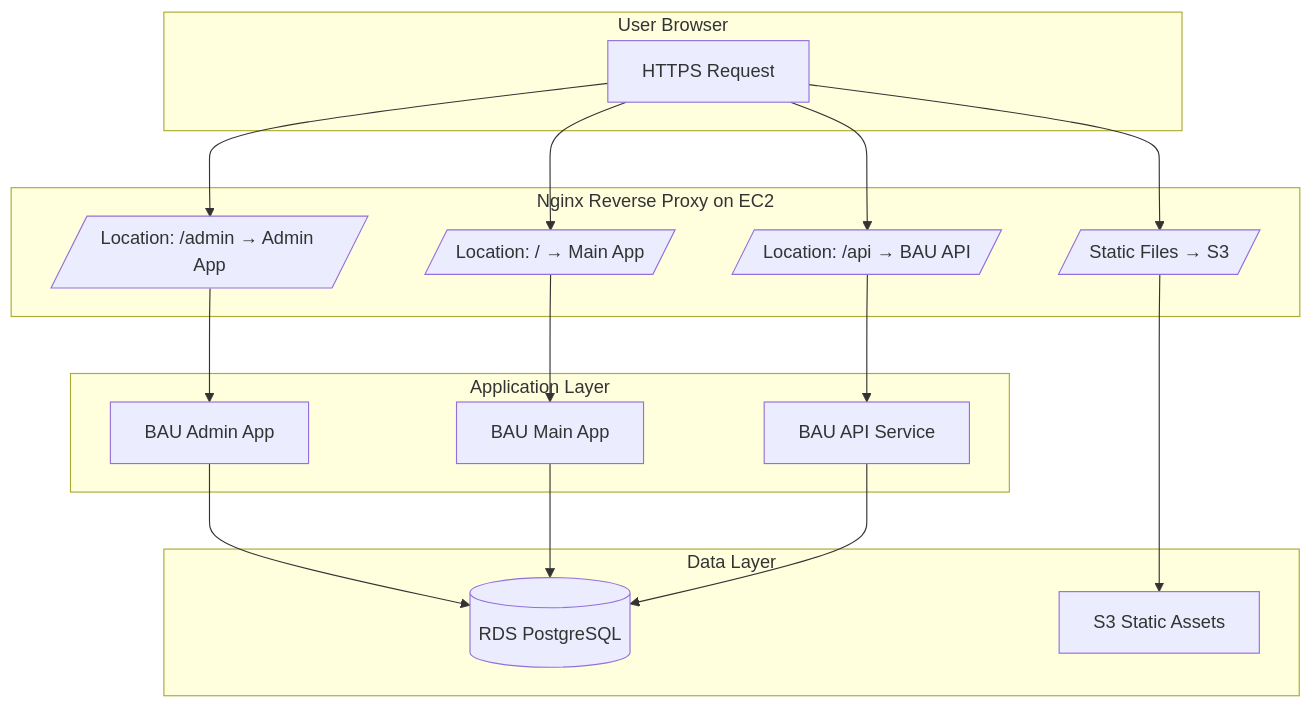
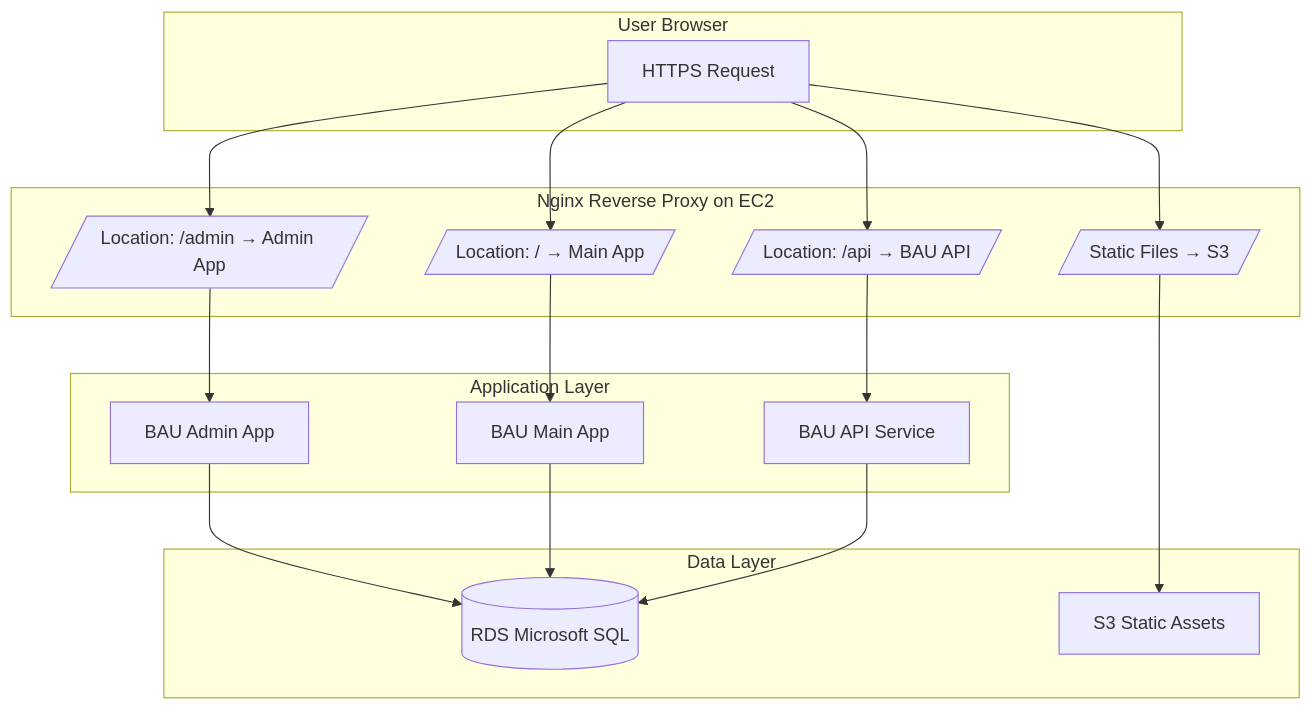
Before and after one commit to cruckman900/BusinessAsUsual: the ninth of 23 diagrams in docs/MICROSERVICEARCHITECTUREOVERVIEW.md, drawn with Mermaid. The commit also changed other lines of this file, not shown here.

Commit message:
updated doc to show MVC/Blazor and Microsoft SQL

````diff
--- a/docs/MICROSERVICEARCHITECTUREOVERVIEW.md
+++ b/docs/MICROSERVICEARCHITECTUREOVERVIEW.md
@@ -1765,40 +1765,40 @@
 ```mermaid
 flowchart TB
 
     subgraph Client["User Browser"]
         A[HTTPS Request]
     end
 
     subgraph Nginx["Nginx Reverse Proxy on EC2"]
         B[/Location: /admin → Admin App/]
         C[/Location: / → Main App/]
         D[/Location: /api → BAU API/]
         E[/Static Files → S3/]
     end
 
     subgraph Apps["Application Layer"]
         F[BAU Admin App]
         G[BAU Main App]
         H[BAU API Service]
     end
 
     subgraph Data["Data Layer"]
-        I[(RDS PostgreSQL)]
+        I[(RDS Microsoft SQL)]
         J[S3 Static Assets]
     end
 
     A --> B
     A --> C
     A --> D
     A --> E
 
     B --> F
     C --> G
     D --> H
 
     F --> I
     G --> I
     H --> I
 
     E --> J
 ```
````
